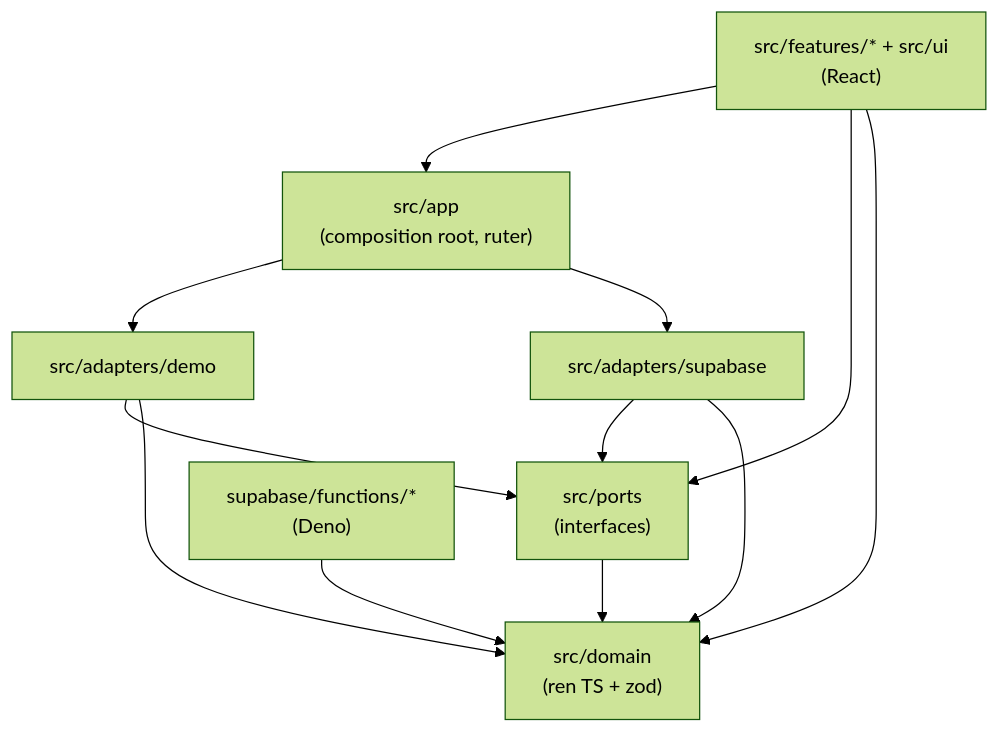
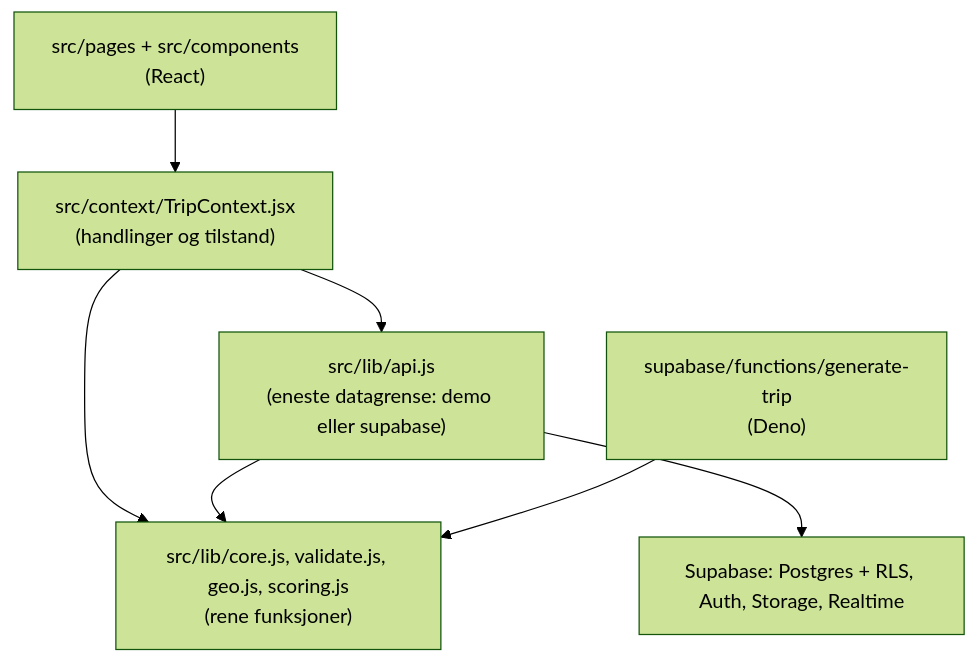
The first of 3 diagrams in planning-artifacts/architecture/architecture-G128-johansen-rena-2026-10-28/ARCHITECTURE-SPINE.md (IBE160-2026/G128-johansen-rena), drawn with Mermaid (forest theme) before and after one commit. The commit also changed other lines of this file and 5 other files, not shown here.

````diff
--- a/planning-artifacts/architecture/architecture-G128-johansen-rena-2026-10-28/ARCHITECTURE-SPINE.md
+++ b/planning-artifacts/architecture/architecture-G128-johansen-rena-2026-10-28/ARCHITECTURE-SPINE.md
@@ -28,14 +29,9 @@
 ```mermaid
 flowchart TD
-  UI["src/features/* + src/ui<br/>(React)"] --> APP["src/app<br/>(composition root, ruter)"]
-  UI --> PORTS["src/ports<br/>(interfaces)"]
-  UI --> DOMAIN["src/domain<br/>(ren TS + zod)"]
-  APP --> ADEMO["src/adapters/demo"]
-  APP --> ASUPA["src/adapters/supabase"]
-  ADEMO --> PORTS
-  ASUPA --> PORTS
-  ADEMO --> DOMAIN
-  ASUPA --> DOMAIN
-  PORTS --> DOMAIN
-  EDGE["supabase/functions/*<br/>(Deno)"] --> DOMAIN
+  PAGES["src/pages + src/components<br/>(React)"] --> CTX["src/context/TripContext.jsx<br/>(handlinger og tilstand)"]
+  CTX --> API["src/lib/api.js<br/>(eneste datagrense: demo eller supabase)"]
+  CTX --> CORE["src/lib/core.js, validate.js, geo.js, scoring.js<br/>(rene funksjoner)"]
+  API --> CORE
+  API --> SB["Supabase: Postgres + RLS, Auth, Storage, Realtime"]
+  EDGE["supabase/functions/generate-trip<br/>(Deno)"] --> CORE
 ```
````
